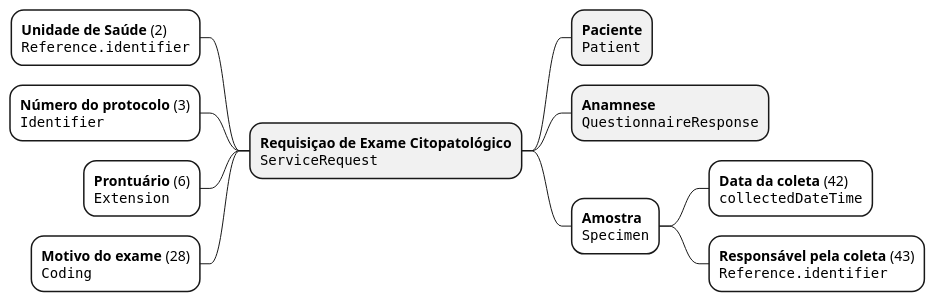
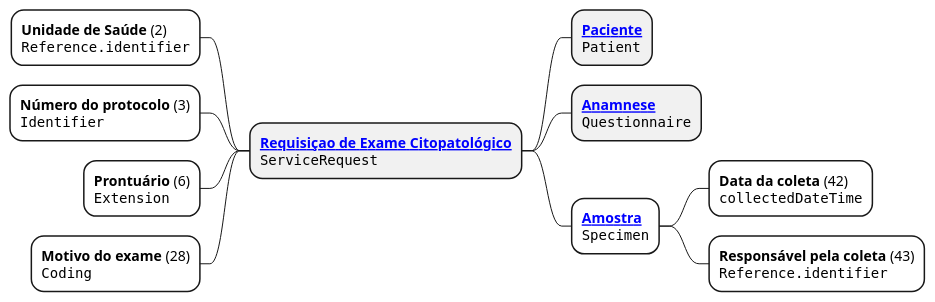
The diagram in input/images-source/requisicao.plantuml (kyriosdata/farol), drawn with PlantUML before and after one commit.

```diff
--- a/input/images-source/requisicao.plantuml
+++ b/input/images-source/requisicao.plantuml
@@ -1,14 +1,14 @@
 @startmindmap requisicao
 
-+ **Requisiçao de Exame Citopatológico**\n""ServiceRequest""
++ **[[StructureDefinition-requisicao-exame-citopatologico.html Requisiçao de Exame Citopatológico]]**\n""ServiceRequest""
 --[#White] **Unidade de Saúde** (2)\n""Reference.identifier""
 --[#White] **Número do protocolo** (3)\n""Identifier""
 --[#White] **Prontuário** (6)\n""Extension""
 --[#White] **Motivo do exame** (28)\n""Coding""
-++ **Paciente**\n""Patient""
-++ **Anamnese**\n""QuestionnaireResponse""
-++[#White] **Amostra**\n""Specimen""
+++ **[[StructureDefinition-paciente.html Paciente]]**\n""Patient""
+++ **[[StructureDefinition-questionnarire-anamnese-exame-citopatologico.html Anamnese]]**\n""Questionnaire""
+++[#White] **[[StructureDefinition-amostra-requisicao.html Amostra]]**\n""Specimen""
 +++[#White] **Data da coleta** (42)\n""collectedDateTime""
 +++[#White] **Responsável pela coleta** (43)\n""Reference.identifier""
 
 @enduml
```
